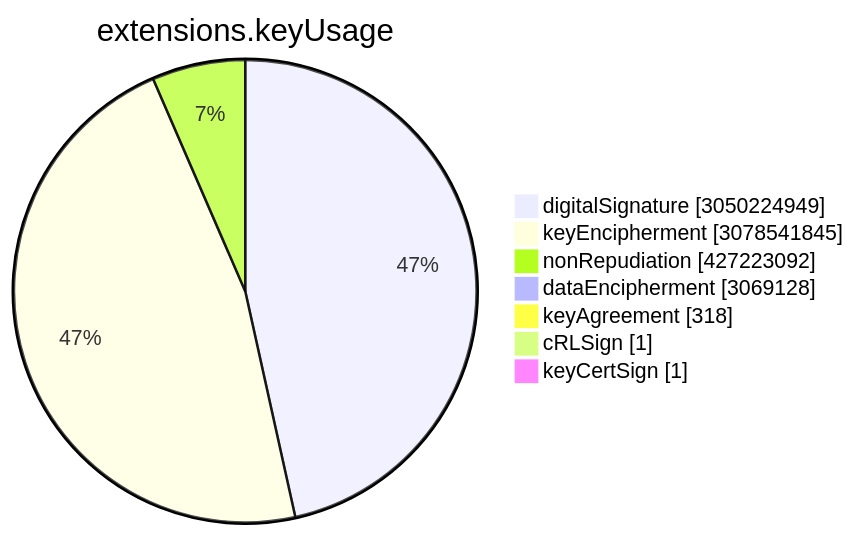
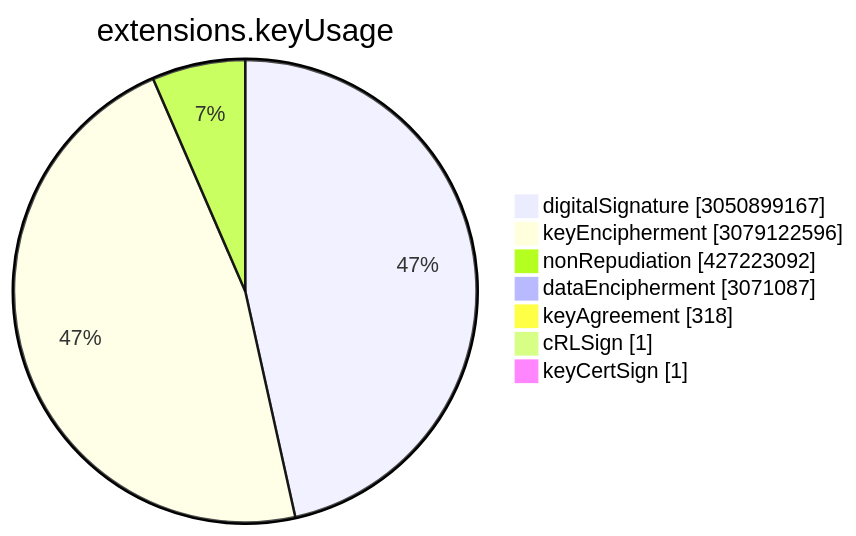
The sixth of 15 diagrams in TOTAL/README.md (christiankrug/ctmonitor_visualization), drawn with Mermaid before and after one commit. The commit also changed other lines of this file, not shown here.

````diff
--- a/TOTAL/README.md
+++ b/TOTAL/README.md
@@ -3075,11 +3075,11 @@
 ```mermaid
 pie showData
 title extensions.keyUsage
-"digitalSignature" :3050224949
-"keyEncipherment" :3078541845
+"digitalSignature" :3050899167
+"keyEncipherment" :3079122596
 "nonRepudiation" :427223092
-"dataEncipherment" :3069128
+"dataEncipherment" :3071087
 "keyAgreement" :318
 "cRLSign" :1
 "keyCertSign" :1
 ```
````
